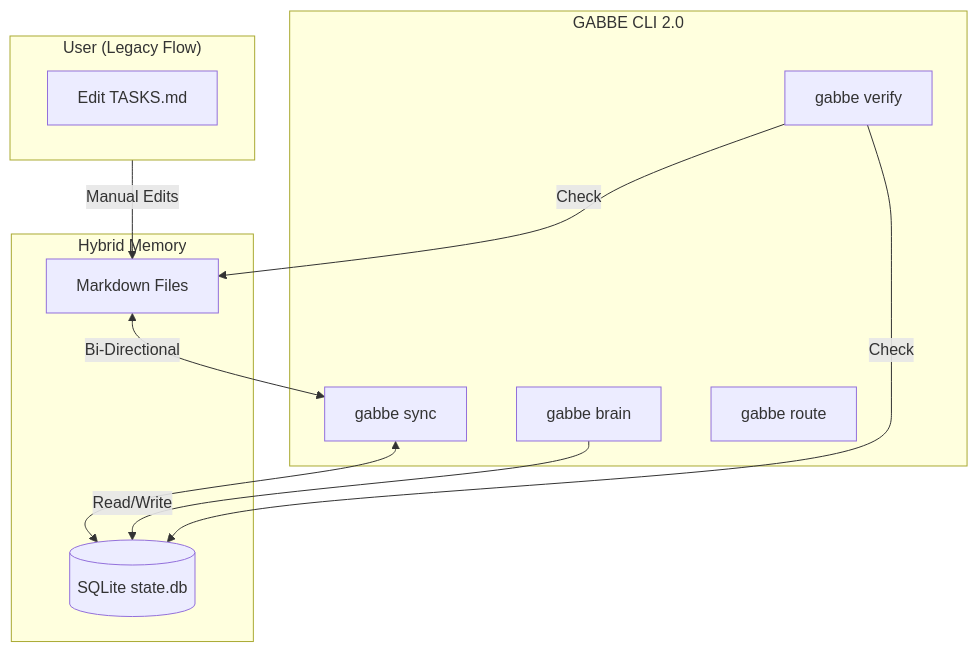
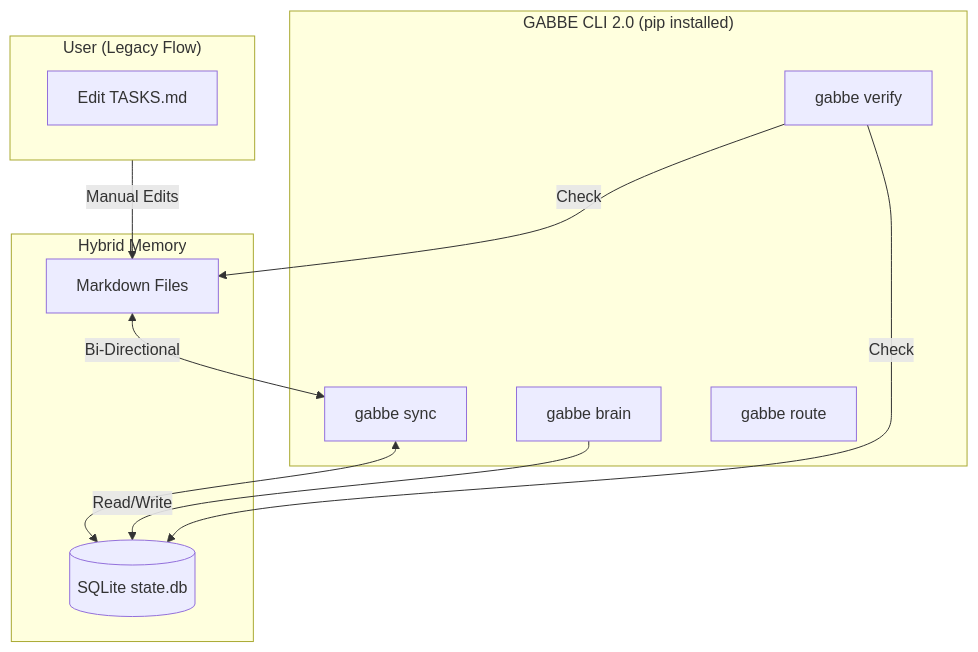
One commit to andreibesleaga/GABBE changed the first of 4 diagrams in README.md. Above: the diagram before and after it, drawn with Mermaid. The commit also changed other lines of this file and 11 other files, not shown here.

Commit message:
GABBE - new: gabbe CLI system and tests

````diff
--- a/README.md
+++ b/README.md
@@ -135,25 +150,25 @@
 ```mermaid
 graph TD
     subgraph User["User (Legacy Flow)"]
         Edit[Edit TASKS.md]
     end
 
-    subgraph CLI["GABBE CLI 2.0"]
+    subgraph CLI["GABBE CLI 2.0 (pip installed)"]
         Sync[gabbe sync]
         Verify[gabbe verify]
         Brain[gabbe brain]
         Router[gabbe route]
     end
 
     subgraph Storage["Hybrid Memory"]
         MD[Markdown Files]
         DB[(SQLite state.db)]
     end
 
     User -->|Manual Edits| MD
     MD <-->|Bi-Directional| Sync
     Sync <--> DB
     Brain -->|Read/Write| DB
     Verify -->|Check| MD
     Verify -->|Check| DB
 ```
````
